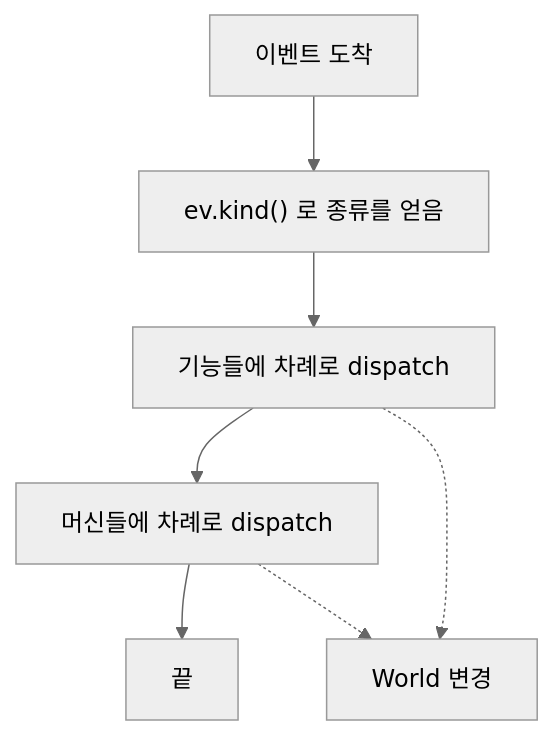
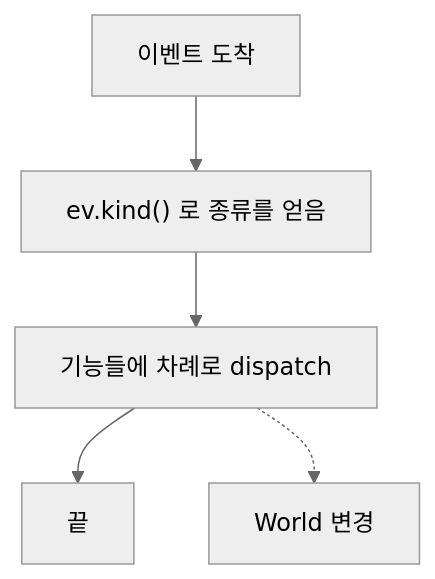
One commit to 4artit/declared changed the first of 3 diagrams in docs/3-dispatch.md. Above: the diagram before and after it, drawn with Mermaid (neutral theme). The commit also changed other lines of this file and 23 other files, not shown here.

````diff
--- a/docs/3-dispatch.md
+++ b/docs/3-dispatch.md
@@ -11,10 +11,8 @@
 ```mermaid
 flowchart TD
     EV["이벤트 도착"] --> K["ev.kind() 로 종류를 얻음"]
     K --> F["기능들에 차례로 dispatch"]
-    F --> M["머신들에 차례로 dispatch"]
-    M --> DONE["끝"]
+    F --> DONE["끝"]
 
     F -.-> FW["World 변경"]
-    M -.-> FW
 ```
````
